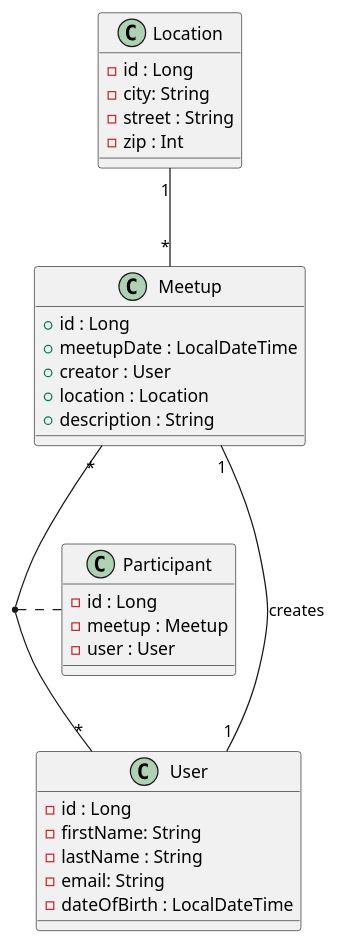
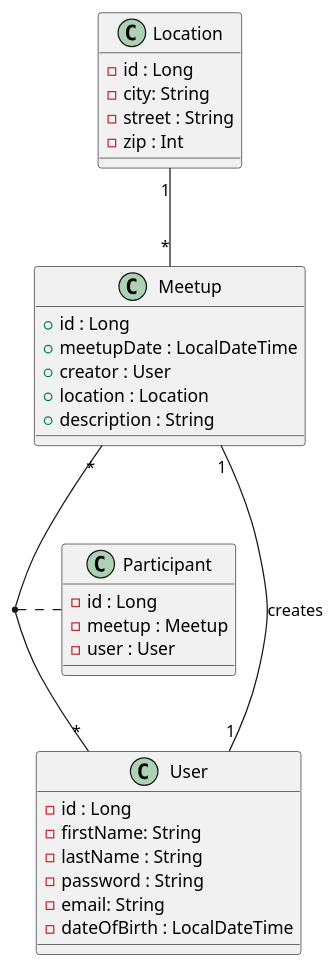
The diagram in asciidocs/puml/Klassendiagramm.puml (2223-3bhif-syp/02-projekte-mopedmeetup), drawn with PlantUML before and after one commit. The commit also changed 10 other files, not shown here.

```diff
--- a/asciidocs/puml/Klassendiagramm.puml
+++ b/asciidocs/puml/Klassendiagramm.puml
@@ -1,37 +1,38 @@
 @startuml
 class User {
     - id : Long
     - firstName: String
     - lastName : String
+    - password : String
     - email: String
     - dateOfBirth : LocalDateTime
 }
 class Meetup {
     + id : Long
     + meetupDate : LocalDateTime
     + creator : User
     + location : Location
     + description : String
 }
 
 class Location {
     - id : Long
     - city: String
     - street : String
     - zip : Int
 }
 
 class Participant {
     - id : Long
     - meetup : Meetup
     - user : User
 }
 
 
 
 Location "1"--"*" Meetup : ""
 Meetup "1"--"1" User : "creates"
 Meetup "*"--"*" User : ""
 (User, Meetup) .. Participant
 
 @enduml
```
